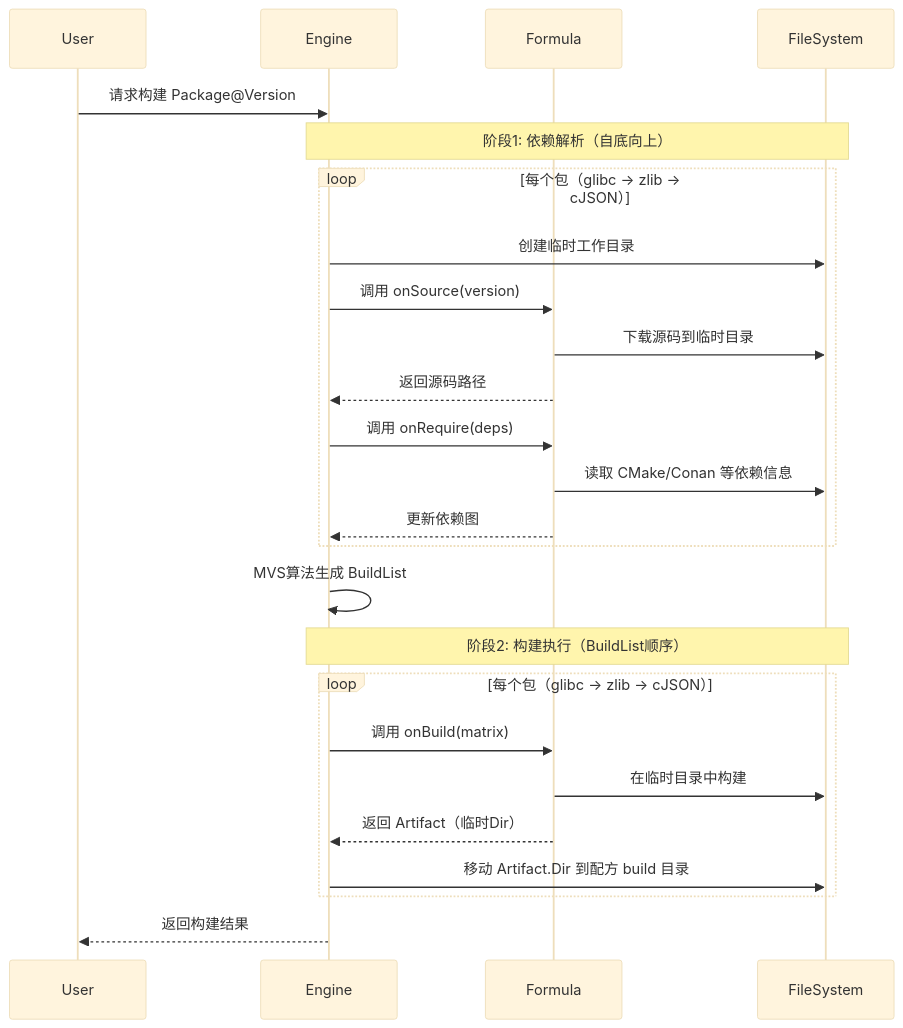
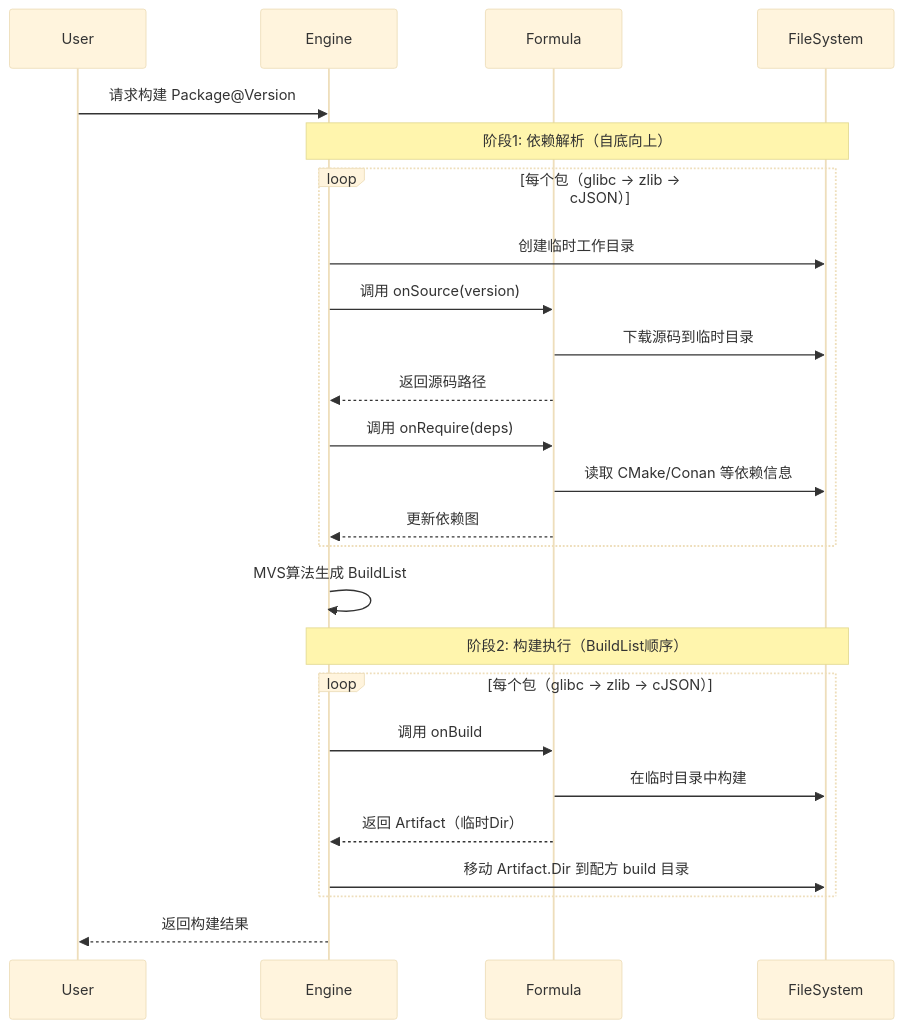
One commit to goplus/llar changed the first of 4 diagrams in docs/formulas.md. Above: the diagram before and after it, drawn with Mermaid (base theme). The commit also changed other lines of this file, not shown here.

First line of the commit message:
docs: simplify onBuild API and replace Link callback with LinkArgs

````diff
--- a/docs/formulas.md
+++ b/docs/formulas.md
@@ -437,33 +398,33 @@
 ```mermaid
 sequenceDiagram
     participant U as User
     participant E as Engine
     participant F as Formula
     participant FS as FileSystem
 
     U->>E: 请求构建 Package@Version
 
     Note over E,FS: 阶段1: 依赖解析（自底向上）
     loop 每个包（glibc -> zlib -> cJSON）
         E->>FS: 创建临时工作目录
         E->>F: 调用 onSource(version)
         F->>FS: 下载源码到临时目录
         F-->>E: 返回源码路径
 
         E->>F: 调用 onRequire(deps)
         F->>FS: 读取 CMake/Conan 等依赖信息
         F-->>E: 更新依赖图
     end
 
     E->>E: MVS算法生成 BuildList
 
     Note over E,FS: 阶段2: 构建执行（BuildList顺序）
     loop 每个包（glibc -> zlib -> cJSON）
-        E->>F: 调用 onBuild(matrix)
+        E->>F: 调用 onBuild
         F->>FS: 在临时目录中构建
         F-->>E: 返回 Artifact（临时Dir）
         E->>FS: 移动 Artifact.Dir 到配方 build 目录
     end
 
     E-->>U: 返回构建结果
 ```
````
